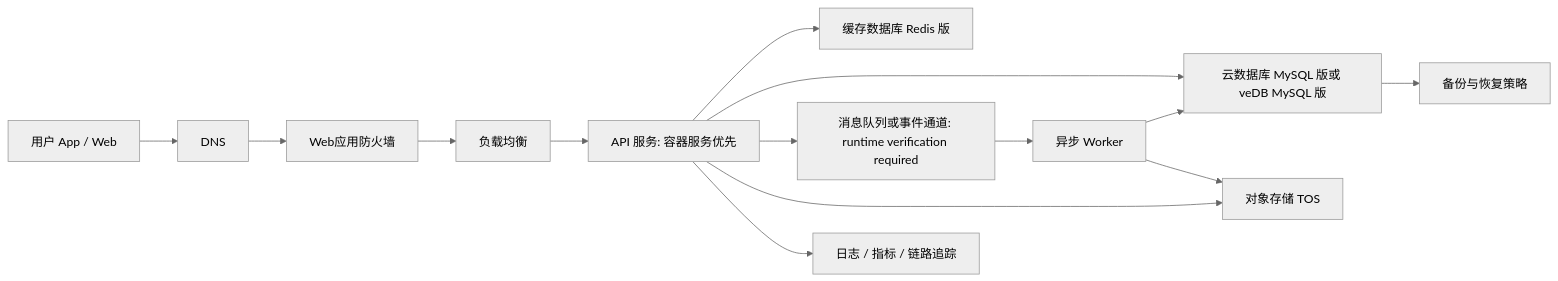
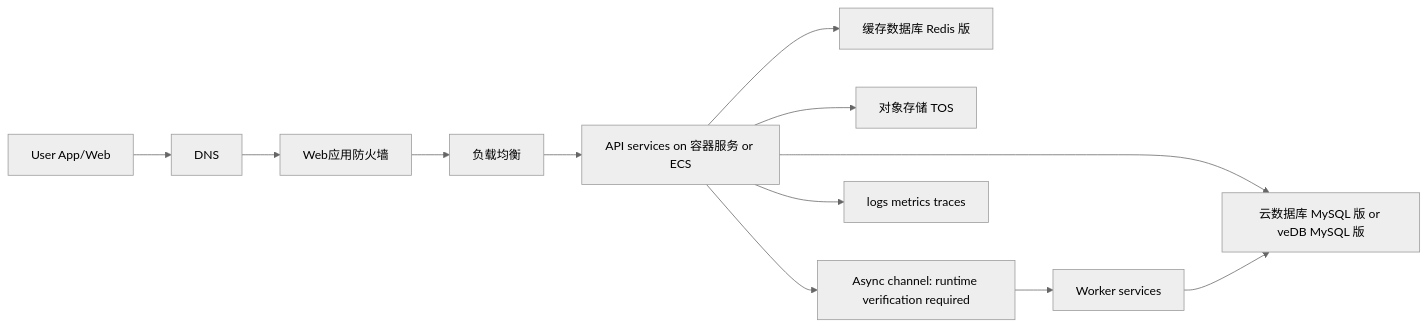
One commit to Joyce0301/volcengine-solutions-architect changed the diagram in tests/forward/cloud-native.md. Above: the diagram before and after it, drawn with Mermaid (neutral theme). The commit also changed other lines of this file and 5 other files, not shown here.

````diff
--- a/tests/forward/cloud-native.md
+++ b/tests/forward/cloud-native.md
@@ -53,16 +67,14 @@
 ```mermaid
 flowchart LR
-  U[用户 App / Web] --> DNS[DNS]
+  U[User App/Web] --> DNS[DNS]
   DNS --> WAF[Web应用防火墙]
   WAF --> LB[负载均衡]
-  LB --> API[API 服务: 容器服务优先]
+  LB --> API[API services on 容器服务 or ECS]
   API --> Redis[缓存数据库 Redis 版]
-  API --> DB[云数据库 MySQL 版或 veDB MySQL 版]
-  API --> MQ[消息队列或事件通道: runtime verification required]
-  API --> TOS[对象存储 TOS]
-  MQ --> Worker[异步 Worker]
-  Worker --> DB
-  Worker --> TOS
-  API --> OBS[日志 / 指标 / 链路追踪]
-  DB --> Backup[备份与恢复策略]
+  API --> DB[云数据库 MySQL 版 or veDB MySQL 版]
+  API --> OBJ[对象存储 TOS]
+  API --> MQ[Async channel: runtime verification required]
+  MQ --> WK[Worker services]
+  WK --> DB
+  API --> OBS[logs metrics traces]
 ```
````
